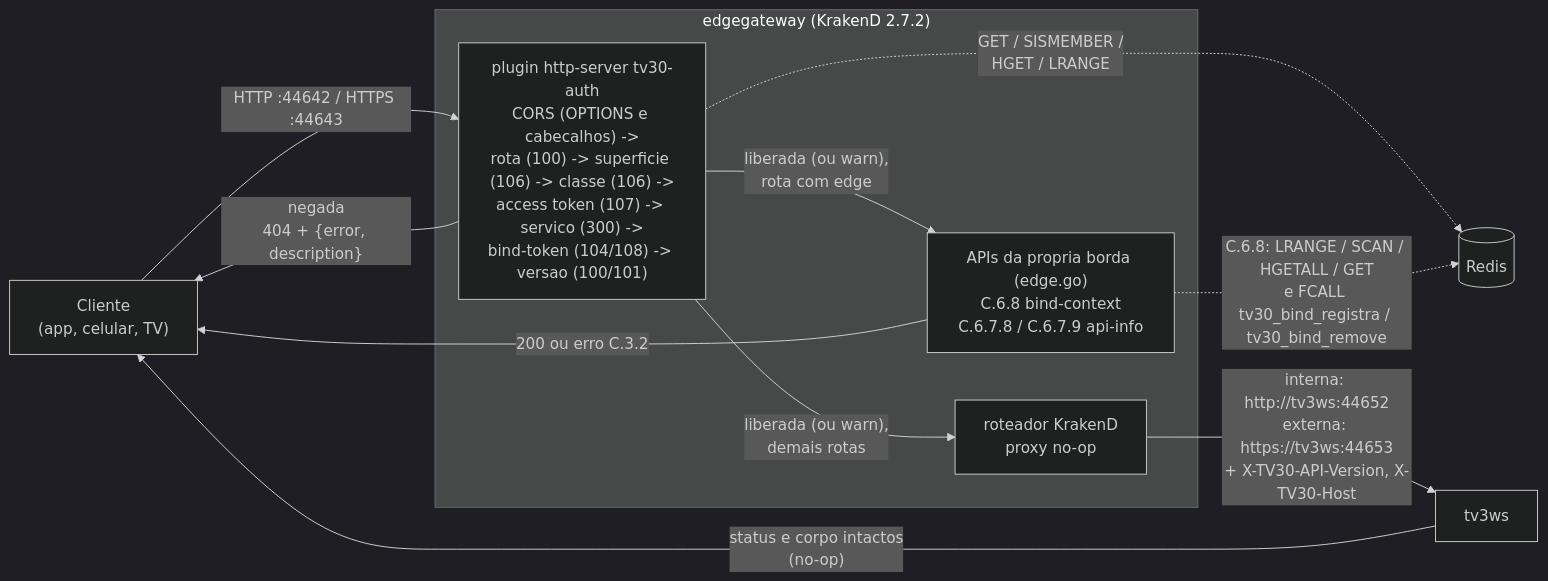
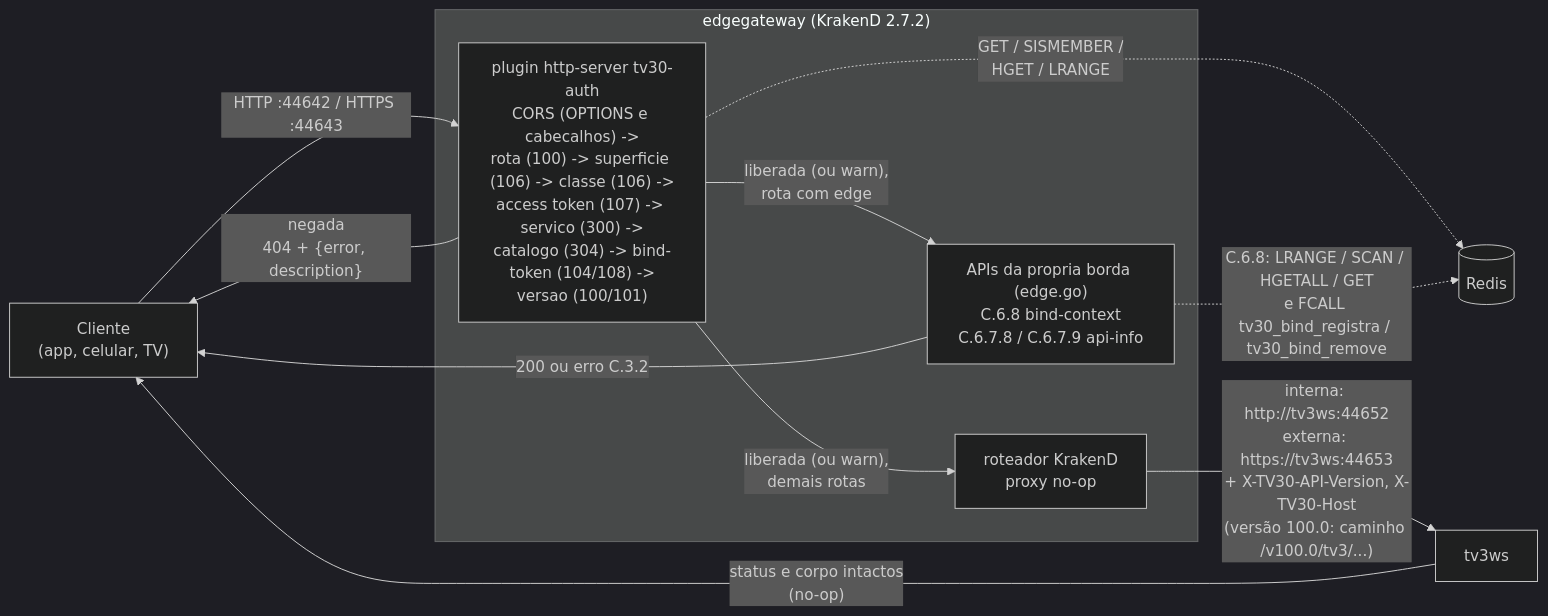
One commit to multisens/Infra changed the first of 2 diagrams in docs/04-pipeline-http.md. Above: the diagram before and after it, drawn with Mermaid (dark theme). The commit also changed other lines of this file and 27 other files, not shown here.

Commit message:
feat: 304 para servico fora do catalogo, versoes de extensao em /v<X.Y>, teto de perfis na funcao do Redis e token associado na regra geral

````diff
--- a/docs/04-pipeline-http.md
+++ b/docs/04-pipeline-http.md
@@ -20,19 +20,19 @@
 ```mermaid
 flowchart LR
     C["Cliente<br/>(app, celular, TV)"] -->|"HTTP :44642 / HTTPS :44643"| P
 
     subgraph EDGE["edgegateway (KrakenD 2.7.2)"]
-        P["plugin http-server tv30-auth<br/>CORS (OPTIONS e cabecalhos) -><br/>rota (100) -> superficie (106) -> classe (106) -><br/>access token (107) -> servico (300) -><br/>bind-token (104/108) -> versao (100/101)"]
+        P["plugin http-server tv30-auth<br/>CORS (OPTIONS e cabecalhos) -><br/>rota (100) -> superficie (106) -> classe (106) -><br/>access token (107) -> servico (300) -><br/>catalogo (304) -> bind-token (104/108) -><br/>versao (100/101)"]
         A["APIs da propria borda (edge.go)<br/>C.6.8 bind-context<br/>C.6.7.8 / C.6.7.9 api-info"]
         G["roteador KrakenD<br/>proxy no-op"]
         P -->|"liberada (ou warn),<br/>rota com edge"| A
         P -->|"liberada (ou warn),<br/>demais rotas"| G
     end
 
     P -.->|"GET / SISMEMBER /<br/>HGET / LRANGE"| R[("Redis")]
     A -.->|"C.6.8: LRANGE / SCAN / HGETALL / GET<br/>e FCALL tv30_bind_registra / tv30_bind_remove"| R
     A -->|"200 ou erro C.3.2"| C
     P -->|"negada<br/>404 + {error, description}"| C
-    G -->|"interna: http://tv3ws:44652<br/>externa: https://tv3ws:44653<br/>+ X-TV30-API-Version, X-TV30-Host"| T["tv3ws"]
+    G -->|"interna: http://tv3ws:44652<br/>externa: https://tv3ws:44653<br/>+ X-TV30-API-Version, X-TV30-Host<br/>(versão 100.0: caminho /v100.0/tv3/...)"| T["tv3ws"]
     T -->|"status e corpo intactos<br/>(no-op)"| C
 ```
````
